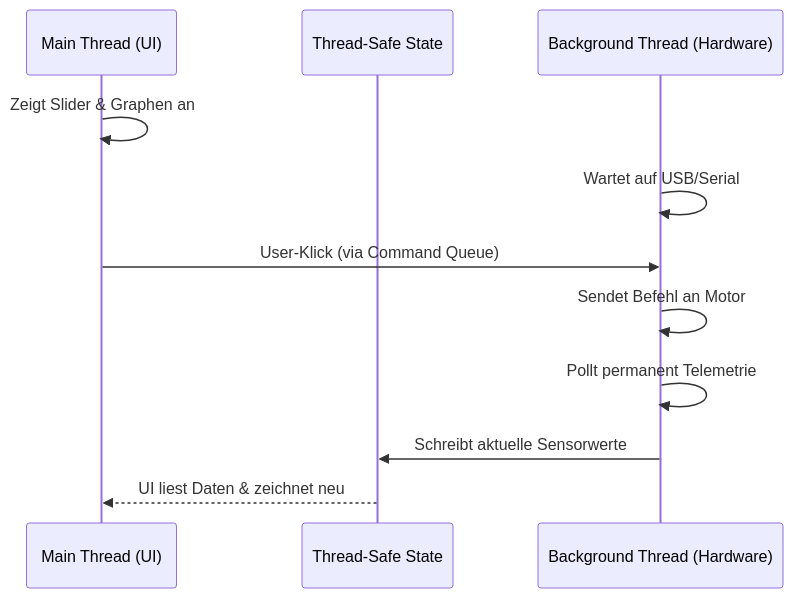
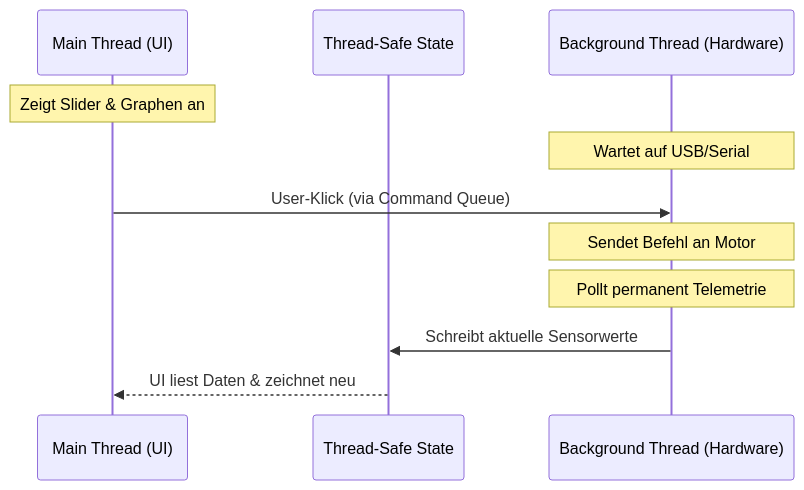
One commit to NoNameTechnology/RobotHand changed the second of 2 diagrams in README.md. Above: the diagram before and after it, drawn with Mermaid.

Commit message:
docs: update sequence diagram labels in README for clarity

````diff
--- a/README.md
+++ b/README.md
@@ -95,16 +95,16 @@
 ```mermaid
 sequenceDiagram
     participant UI as Main Thread (UI)
     participant State as Thread-Safe State
     participant HW as Background Thread (Hardware)
     
-    UI->>UI: Zeigt Slider & Graphen an
-    HW->>HW: Wartet auf USB/Serial
+    Note over UI: Zeigt Slider & Graphen an
+    Note over HW: Wartet auf USB/Serial
     
     UI->>HW: User-Klick (via Command Queue)
-    HW->>HW: Sendet Befehl an Motor
+    Note over HW: Sendet Befehl an Motor
     
-    HW->>HW: Pollt permanent Telemetrie
+    Note over HW: Pollt permanent Telemetrie
     HW->>State: Schreibt aktuelle Sensorwerte
     State-->>UI: UI liest Daten & zeichnet neu
 ```
````
